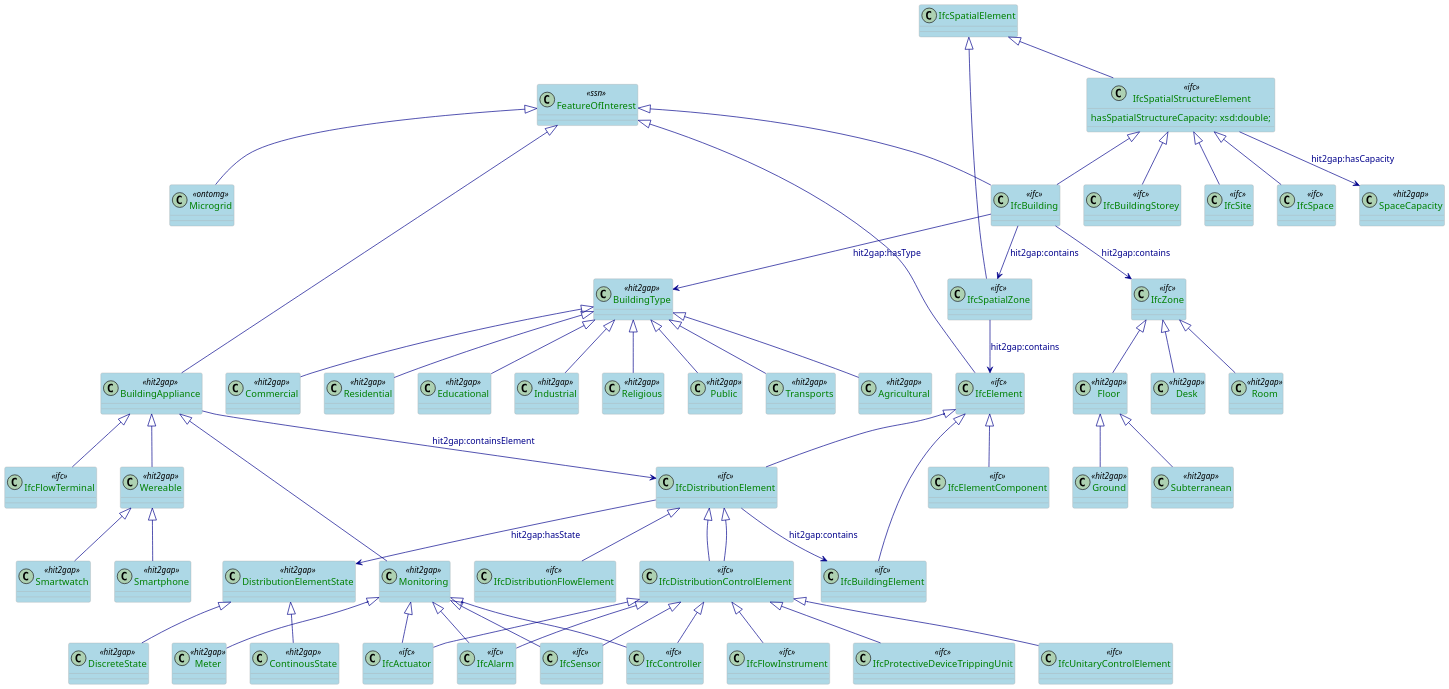
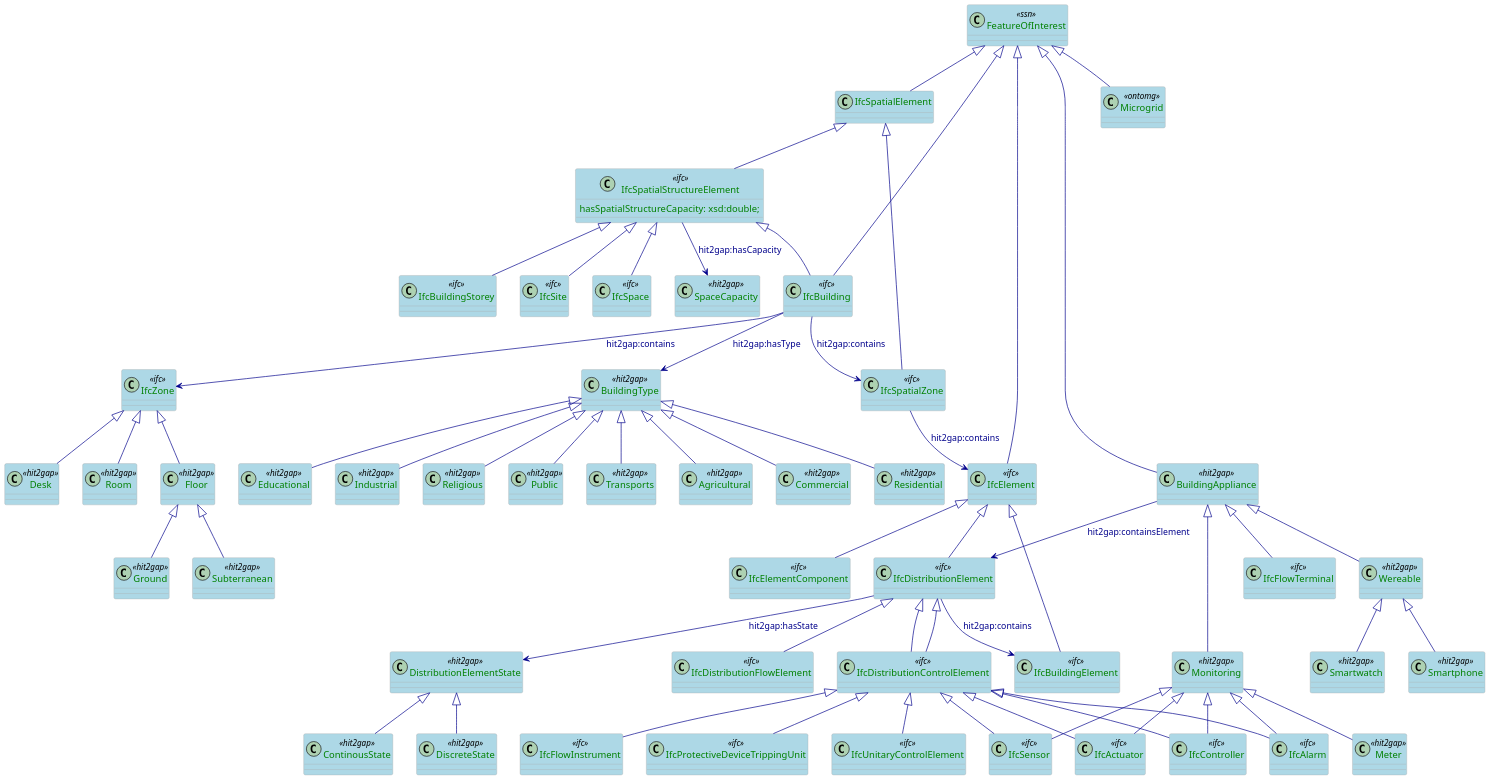
Before and after one commit to HIT2GAP-EU-PROJECT/BEMOnt: the diagram in docs/plantuml/FoI.puml, drawn with PlantUML. The commit also changed 1 other file, not shown here.

Commit message:
Insert FeatureOfInterest isA IfcSpatialElement

```diff
--- a/docs/plantuml/FoI.puml
+++ b/docs/plantuml/FoI.puml
@@ -1,168 +1,169 @@
 @startuml
 
 scale 0.5
 
 skinparam class {
   ArrowColor DarkBlue
   ArrowFontColor DarkBlue
   BackgroundColor LightBlue
   BorderColor DarkGrey
 }
 skinparam dpi 300
 skinparam stereotypeCBackgroundColor Wheat
 skinparam classAttributeFontColor  Green
 
 
 /'
   Definition of the Feature of interest classes
 '/
 class FeatureOfInterest <<ssn>>
 class IfcBuilding <<ifc>>
 class IfcElement <<ifc>>
 class Microgrid <<ontomg>>
 class IfcSpatialStructureElement <<ifc>>{
   hasSpatialStructureCapacity: xsd:double;
 }
 class IfcBuildingElement <<ifc>>
 class IfcElementComponent <<ifc>>
 class IfcDistributionControlElement <<ifc>>
 class IfcDistributionFlowElement <<ifc>>
 class IfcZone <<ifc>>
 class IfcSpatialZone <<ifc>>
 
 class IfcFlowInstrument <<ifc>>
 class IfcProtectiveDeviceTrippingUnit <<ifc>>
 class IfcSensor <<ifc>>
 class IfcUnitaryControlElement <<ifc>>
 class IfcFlowTerminal <<ifc>>
 
 class BuildingAppliance <<hit2gap>>
 class BuildingType <<hit2gap>>
 
 class Monitoring <<hit2gap>>
 class Wereable <<hit2gap>>
 
 class Smartwatch <<hit2gap>>
 class Smartphone <<hit2gap>>
 
 class Meter <<hit2gap>>
 
 class IfcActuator <<ifc>>
 class IfcAlarm <<ifc>>
 class IfcController <<ifc>>
 
 /'
   Building types class definition
 '/
 class Agricultural <<hit2gap>>
 class Commercial <<hit2gap>>
 class Residential  <<hit2gap>>
 class Educational <<hit2gap>>
 class Industrial <<hit2gap>>
 class Religious <<hit2gap>>
 class Public <<hit2gap>>
 class Transports <<hit2gap>>
 
 /'
   Building Zones types definition
 '/
 
 class Room <<hit2gap>>
 class Floor <<hit2gap>>
 class Desk <<hit2gap>>
 class Subterranean <<hit2gap>>
 class Ground <<hit2gap>>
 
 class IfcDistributionElement <<ifc>>
 class DistributionElementState <<hit2gap>>
 class DiscreteState <<hit2gap>>
 class ContinousState <<hit2gap>>
 
 class IfcBuildingStorey <<ifc>>
 class IfcSite <<ifc>>
 class IfcSpace <<ifc>>
 class SpaceCapacity <<hit2gap>>
 
 
 /'
   Definition of the types of FoIs
 '/
 
 FeatureOfInterest <|-- IfcBuilding
 FeatureOfInterest <|-- BuildingAppliance
 FeatureOfInterest <|-- IfcElement
 FeatureOfInterest <|-- Microgrid
+FeatureOfInterest <|-- IfcSpatialElement
 
 IfcSpatialStructureElement <|-- IfcBuilding
 IfcSpatialElement <|-- IfcSpatialStructureElement
 IfcSpatialElement <|-- IfcSpatialZone
 
 IfcSpatialStructureElement --> SpaceCapacity: hit2gap:hasCapacity
 
 
 IfcSpatialStructureElement <|-- IfcBuildingStorey
 IfcSpatialStructureElement <|-- IfcSite
 IfcSpatialStructureElement <|-- IfcSpace
 
 
 BuildingAppliance --> IfcDistributionElement: hit2gap:containsElement
 
 IfcBuilding -->IfcSpatialZone: hit2gap:contains
 IfcBuilding -->IfcZone: hit2gap:contains
 IfcSpatialZone --> IfcElement: hit2gap:contains
 
 IfcElement <|-- IfcDistributionElement
 IfcElement <|-- IfcBuildingElement
 IfcElement <|-- IfcElementComponent
 
 IfcDistributionElement <|-- IfcDistributionControlElement
 IfcDistributionElement <|-- IfcDistributionFlowElement
 
 IfcDistributionElement --> DistributionElementState: hit2gap:hasState
 DistributionElementState <|-- ContinousState
 DistributionElementState <|-- DiscreteState
 
 IfcDistributionElement --> IfcBuildingElement: hit2gap:contains
 
 BuildingType <|-- Agricultural
 BuildingType <|-- Commercial
 BuildingType <|-- Residential
 BuildingType <|-- Educational
 BuildingType <|-- Industrial
 BuildingType <|-- Religious
 BuildingType <|-- Public
 BuildingType <|-- Transports
 
 IfcBuilding --> BuildingType: hit2gap:hasType
 
 BuildingAppliance <|-- IfcFlowTerminal
 BuildingAppliance <|-- Monitoring
 BuildingAppliance <|-- Wereable
 
 Wereable <|-- Smartwatch
 Wereable <|-- Smartphone
 
 Monitoring <|-- IfcSensor
 Monitoring <|-- IfcActuator
 Monitoring <|-- IfcAlarm
 Monitoring <|-- IfcController
 Monitoring <|-- Meter
 
 IfcZone <|-- Room
 IfcZone <|-- Floor
 IfcZone <|-- Desk
 
 Floor <|-- Subterranean
 Floor <|-- Ground
 
 IfcDistributionElement <|-- IfcDistributionControlElement
 IfcDistributionControlElement <|-- IfcActuator
 IfcDistributionControlElement <|-- IfcAlarm
 IfcDistributionControlElement <|-- IfcController
 IfcDistributionControlElement <|-- IfcFlowInstrument
 IfcDistributionControlElement <|-- IfcProtectiveDeviceTrippingUnit
 IfcDistributionControlElement <|-- IfcSensor
 IfcDistributionControlElement <|-- IfcUnitaryControlElement
 
 
 @enduml
```
